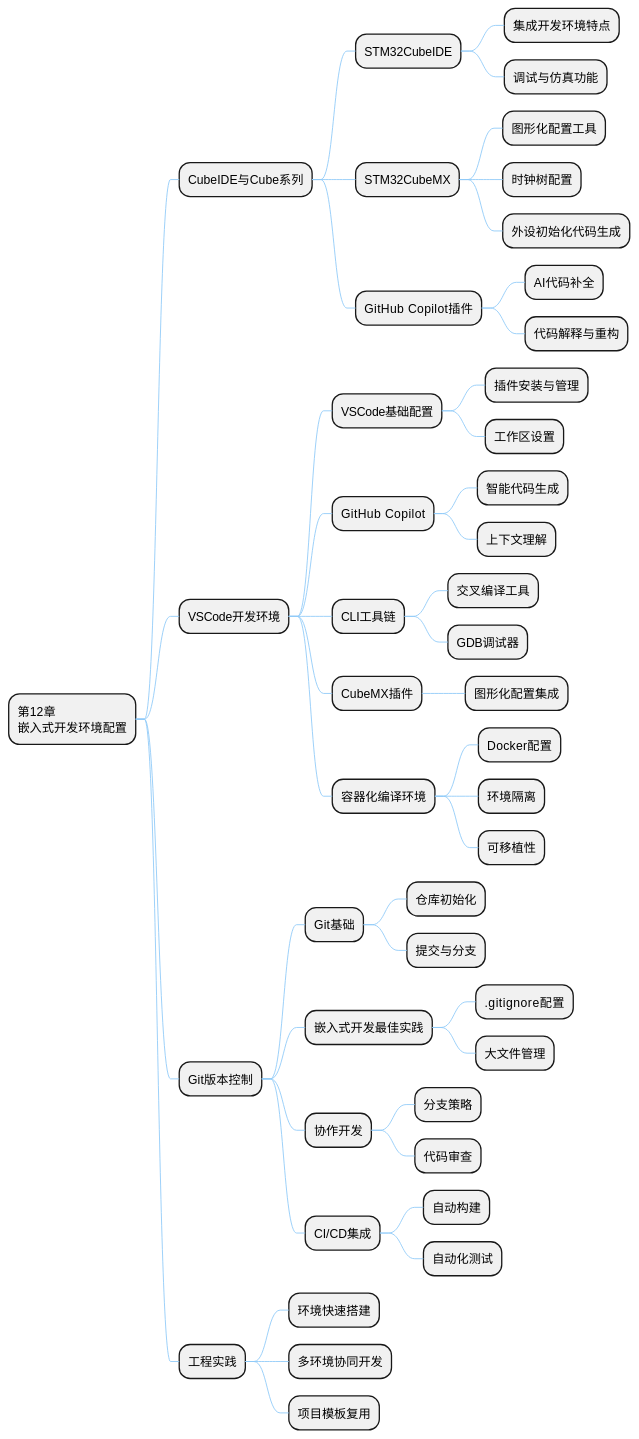
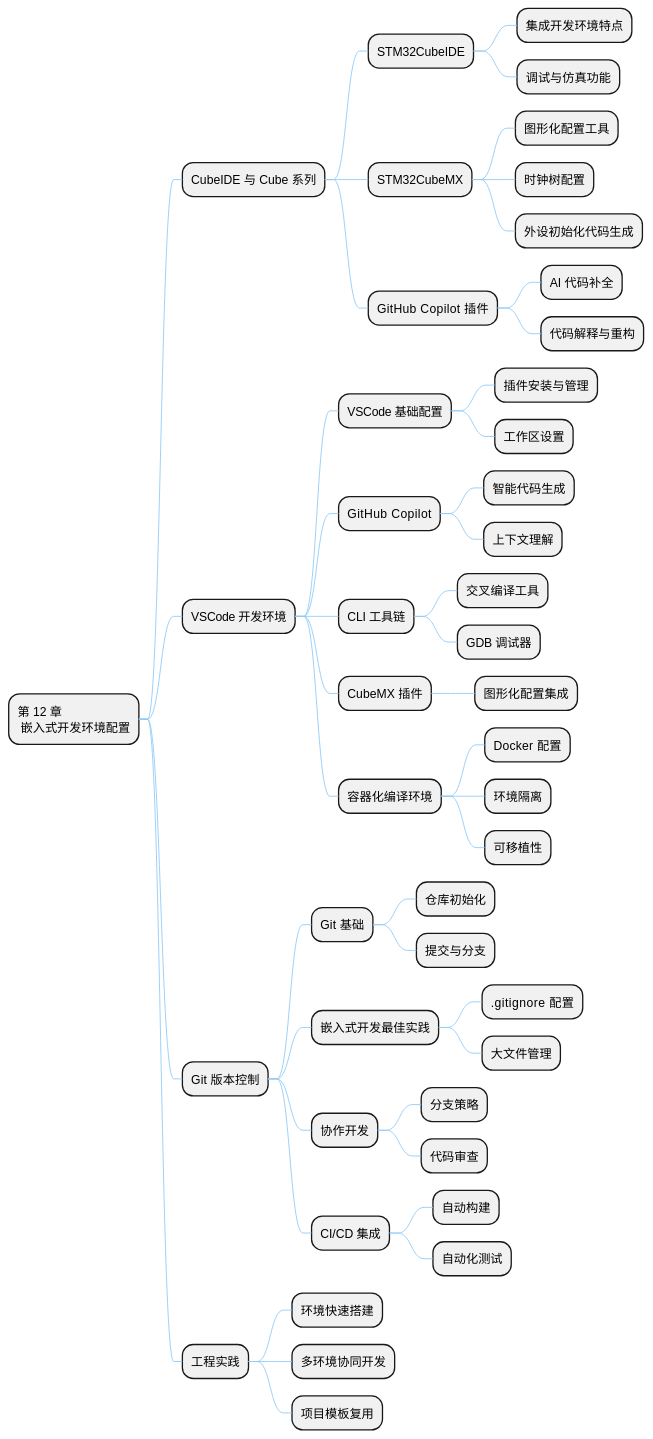
The first of 4 diagrams in docs/appendix_b.md (Inkyo-007/OA-EPP), drawn with PlantUML before and after one commit. The commit also changed other lines of this file and 5 other files, not shown here.

````diff
--- a/docs/appendix_b.md
+++ b/docs/appendix_b.md
@@ -9,62 +9,62 @@
 ```plantuml
 @startmindmap
 skinparam mindmapNodeBackgroundColor<<root>>    #1565C0
 skinparam mindmapNodeFontColor<<root>>          white
 skinparam mindmapNodeBackgroundColor<<l1>>      #1976D2
 skinparam mindmapNodeFontColor<<l1>>            white
 skinparam mindmapNodeBackgroundColor<<l1r>>     #0277BD
 skinparam mindmapNodeFontColor<<l1r>>           white
 skinparam ArrowColor                            #90CAF9
 skinparam mindmapNodeBorderColor                #90CAF9
 
-* 第12章\n嵌入式开发环境配置
+* 第 12 章\n 嵌入式开发环境配置
 
-** CubeIDE与Cube系列
+** CubeIDE 与 Cube 系列
 *** STM32CubeIDE
 **** 集成开发环境特点
 **** 调试与仿真功能
 *** STM32CubeMX
 **** 图形化配置工具
 **** 时钟树配置
 **** 外设初始化代码生成
-*** GitHub Copilot插件
-**** AI代码补全
+*** GitHub Copilot 插件
+**** AI 代码补全
 **** 代码解释与重构
 
-** VSCode开发环境
-*** VSCode基础配置
+** VSCode 开发环境
+*** VSCode 基础配置
 **** 插件安装与管理
 **** 工作区设置
 *** GitHub Copilot
 **** 智能代码生成
 **** 上下文理解
-*** CLI工具链
+*** CLI 工具链
 **** 交叉编译工具
-**** GDB调试器
-*** CubeMX插件
+**** GDB 调试器
+*** CubeMX 插件
 **** 图形化配置集成
 *** 容器化编译环境
-**** Docker配置
+**** Docker 配置
 **** 环境隔离
 **** 可移植性
 
-** Git版本控制
-*** Git基础
+** Git 版本控制
+*** Git 基础
 **** 仓库初始化
 **** 提交与分支
 *** 嵌入式开发最佳实践
-**** .gitignore配置
+**** .gitignore 配置
 **** 大文件管理
 *** 协作开发
 **** 分支策略
 **** 代码审查
-*** CI/CD集成
+*** CI/CD 集成
 **** 自动构建
 **** 自动化测试
 
 ** 工程实践
 *** 环境快速搭建
 *** 多环境协同开发
 *** 项目模板复用
 @endmindmap
 ```
````
